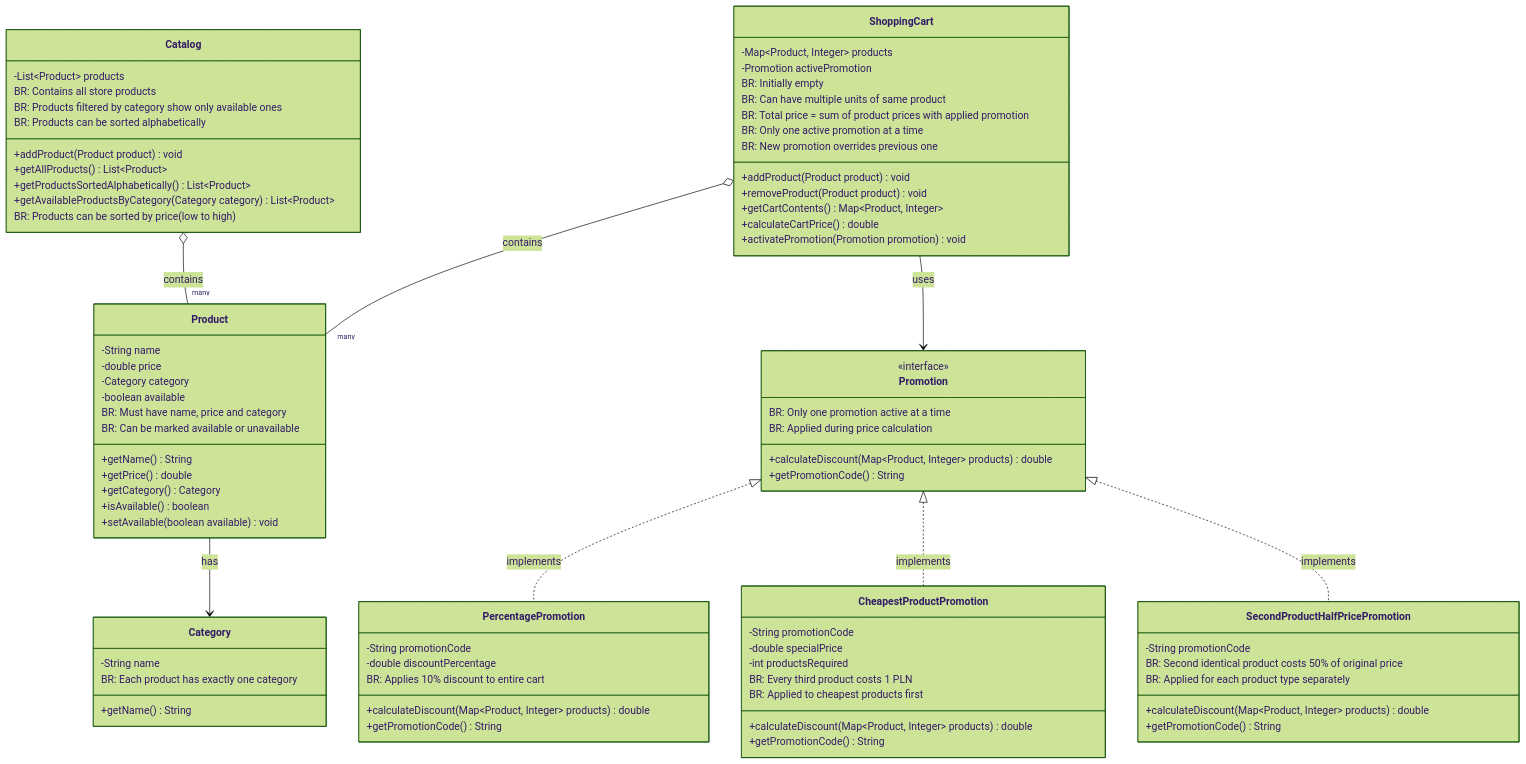
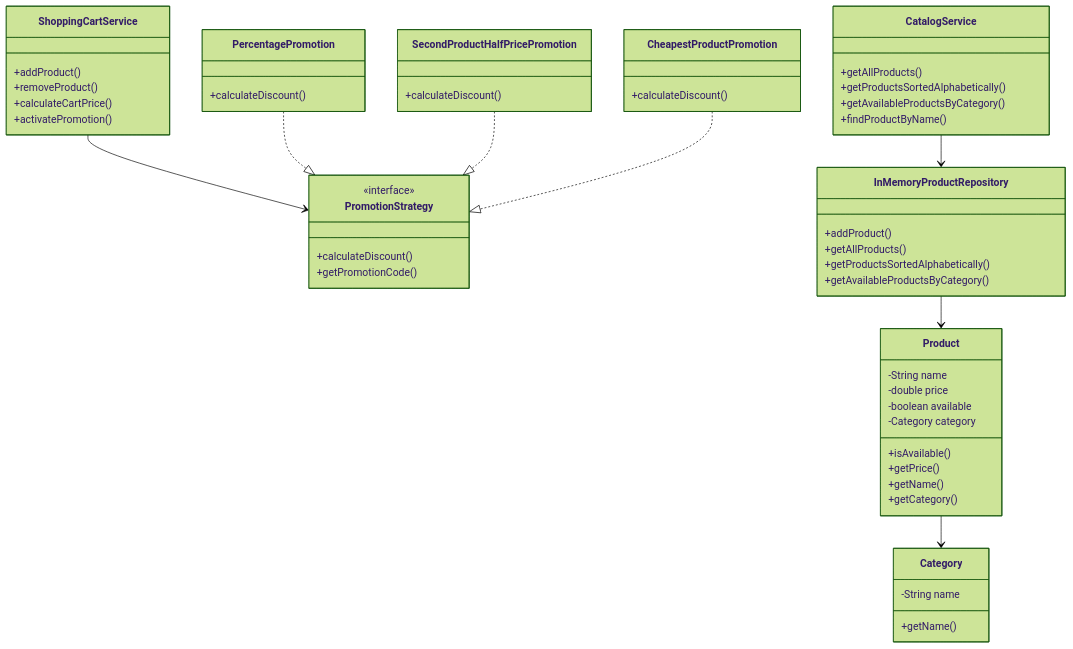
Before and after one commit to Frodigo/garage: the fourth of 4 diagrams in sandbox/backend/java/simple-eccomerce/README.md, drawn with Mermaid (forest theme). The commit also changed other lines of this file and 1 other file, not shown here.

Commit message:
docs(#13). Updated Readme and added diagrams

````diff
--- a/sandbox/backend/java/simple-eccomerce/README.md
+++ b/sandbox/backend/java/simple-eccomerce/README.md
@@ -43,219 +97,63 @@
 ```mermaid
 classDiagram
+    %% Domain Layer
+    class Product {
+        -String name
+        -double price
+        -boolean available
+        -Category category
+        +isAvailable()
+        +getPrice()
+        +getName()
+        +getCategory()
+    }
+    class Category {
+        -String name
+        +getName()
+    }
 
-%% Core Business Entities
+    %% Application Layer
+    class CatalogService {
+        +getAllProducts()
+        +getProductsSortedAlphabetically()
+        +getAvailableProductsByCategory()
+        +findProductByName()
+    }
+    class ShoppingCartService {
+        +addProduct()
+        +removeProduct()
+        +calculateCartPrice()
+        +activatePromotion()
+    }
+    class PromotionStrategy {
+        <<interface>>
+        +calculateDiscount()
+        +getPromotionCode()
+    }
 
-  
+    %% Infrastructure Layer
+    class InMemoryProductRepository {
+        +addProduct()
+        +getAllProducts()
+        +getProductsSortedAlphabetically()
+        +getAvailableProductsByCategory()
+    }
+    class PercentagePromotion {
+        +calculateDiscount()
+    }
+    class SecondProductHalfPricePromotion {
+        +calculateDiscount()
+    }
+    class CheapestProductPromotion {
+        +calculateDiscount()
+    }
 
-class Product {
-
-%% Attributes
-
--String name
-
--double price
-
--Category category
-
--boolean available
-
-%% Methods
-
-+getName() String
-
-+getPrice() double
-
-+getCategory() Category
-
-+isAvailable() boolean
-
-+setAvailable(boolean available) void
-
-%% Business Rules
-
-BR: Must have name, price and category
-
-BR: Can be marked available or unavailable
-
-}
-
-class Category {
-
-%% Attributes
-
--String name
-
-%% Methods
-
-+getName() String
-
-%% Business Rules
-
-BR: Each product has exactly one category
-
-}
-
-class Catalog {
-
-%% Attributes
-
--List~Product~ products
-
-%% Methods
-
-+addProduct(Product product) void
-
-+getAllProducts() List~Product~
-
-+getProductsSortedAlphabetically() List~Product~
-
-+getAvailableProductsByCategory(Category category) List~Product~
-
-%% Business Rules
-
-BR: Contains all store products
-
-BR: Products filtered by category show only available ones
-
-BR: Products can be sorted alphabetically
-
-BR: Products can be sorted by price (low to high)
-
-}
-
-class ShoppingCart {
-
-%% Attributes
-
--Map~Product, Integer~ products
-
--Promotion activePromotion
-
-%% Methods
-
-+addProduct(Product product) void
-
-+removeProduct(Product product) void
-
-+getCartContents() Map~Product, Integer~
-
-+calculateCartPrice() double
-
-+activatePromotion(Promotion promotion) void
-
-%% Business Rules
-
-BR: Initially empty
-
-BR: Can have multiple units of same product
-
-BR: Total price = sum of product prices with applied promotion
-
-BR: Only one active promotion at a time
-
-BR: New promotion overrides previous one
-
-}
-
-%% Interface for Promotion Strategy Pattern
-
-class Promotion {
-
-<<interface>>
-
-%% Methods
-
-+calculateDiscount(Map~Product, Integer~ products) double
-
-+getPromotionCode() String
-
-%% Business Rules
-
-BR: Only one promotion active at a time
-
-BR: Applied during price calculation
-
-}
-
-%% Concrete Promotion Implementation Classes
-
-class PercentagePromotion {
-
-%% Attributes
-
--String promotionCode
-
--double discountPercentage
-
-%% Methods
-
-+calculateDiscount(Map~Product, Integer~ products) double
-
-+getPromotionCode() String
-
-%% Business Rules
-
-BR: Applies 10% discount to entire cart
-
-}
-
-class CheapestProductPromotion {
-
-%% Attributes
-
--String promotionCode
-
--double specialPrice
-
--int productsRequired
-
-%% Methods
-
-+calculateDiscount(Map~Product, Integer~ products) double
-
-+getPromotionCode() String
-
-%% Business Rules
-
-BR: Every third product costs 1 PLN
-
-BR: Applied to cheapest products first
-
-}
-
-class SecondProductHalfPricePromotion {
-
-%% Attributes
-
--String promotionCode
-
-%% Methods
-
-+calculateDiscount(Map~Product, Integer~ products) double
-
-+getPromotionCode() String
-
-%% Business Rules
-
-BR: Second identical product costs 50% of original price
-
-BR: Applied for each product type separately
-
-}
-
-%% Relationships
-
-Product --> Category : has
-
-Catalog o-- "many" Product : contains
-
-ShoppingCart o-- "many" Product : contains
-
-ShoppingCart --> Promotion : uses
-
-Promotion <|.. PercentagePromotion : implements
-
-Promotion <|.. CheapestProductPromotion : implements
-
-Promotion <|.. SecondProductHalfPricePromotion : implements
+    %% Relationships
+    Product --> Category
+    CatalogService --> InMemoryProductRepository
+    ShoppingCartService --> PromotionStrategy
+    PercentagePromotion ..|> PromotionStrategy
+    SecondProductHalfPricePromotion ..|> PromotionStrategy
+    CheapestProductPromotion ..|> PromotionStrategy
+    InMemoryProductRepository --> Product
 ```
````
